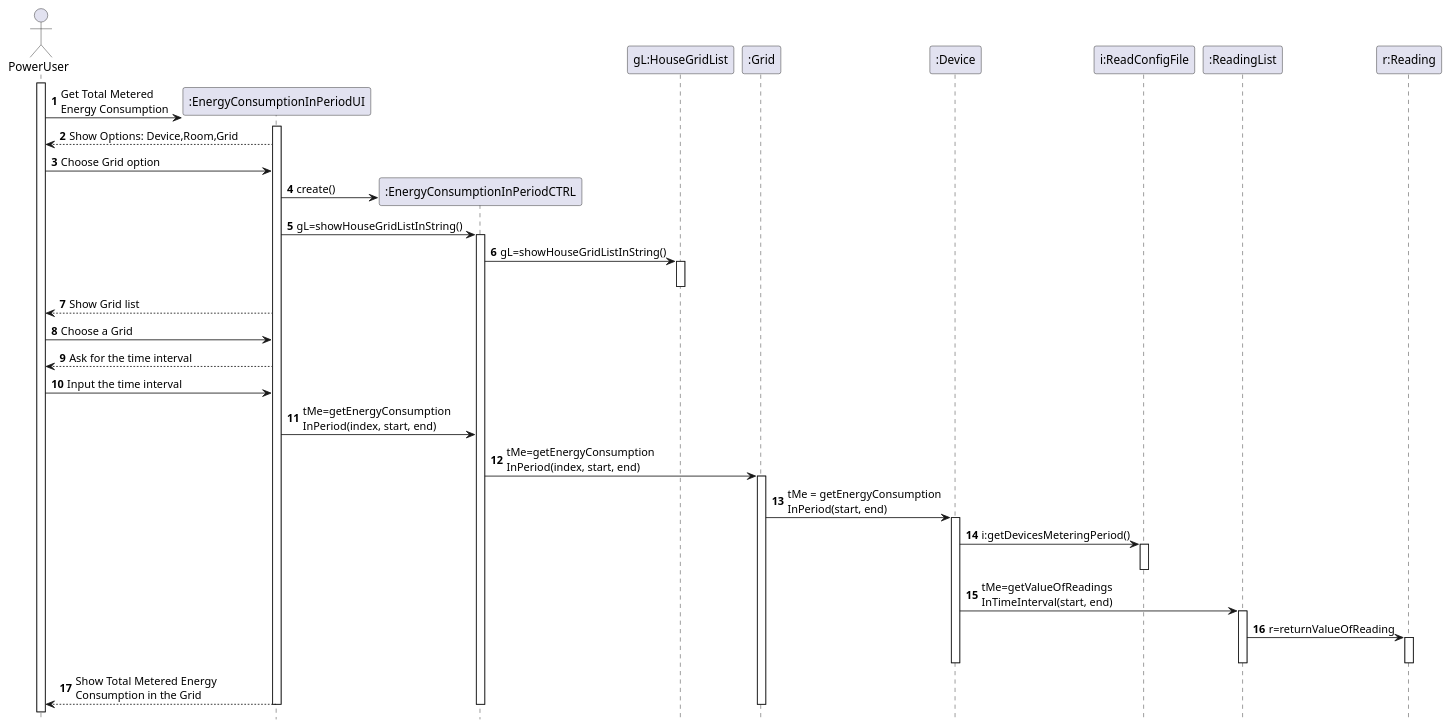
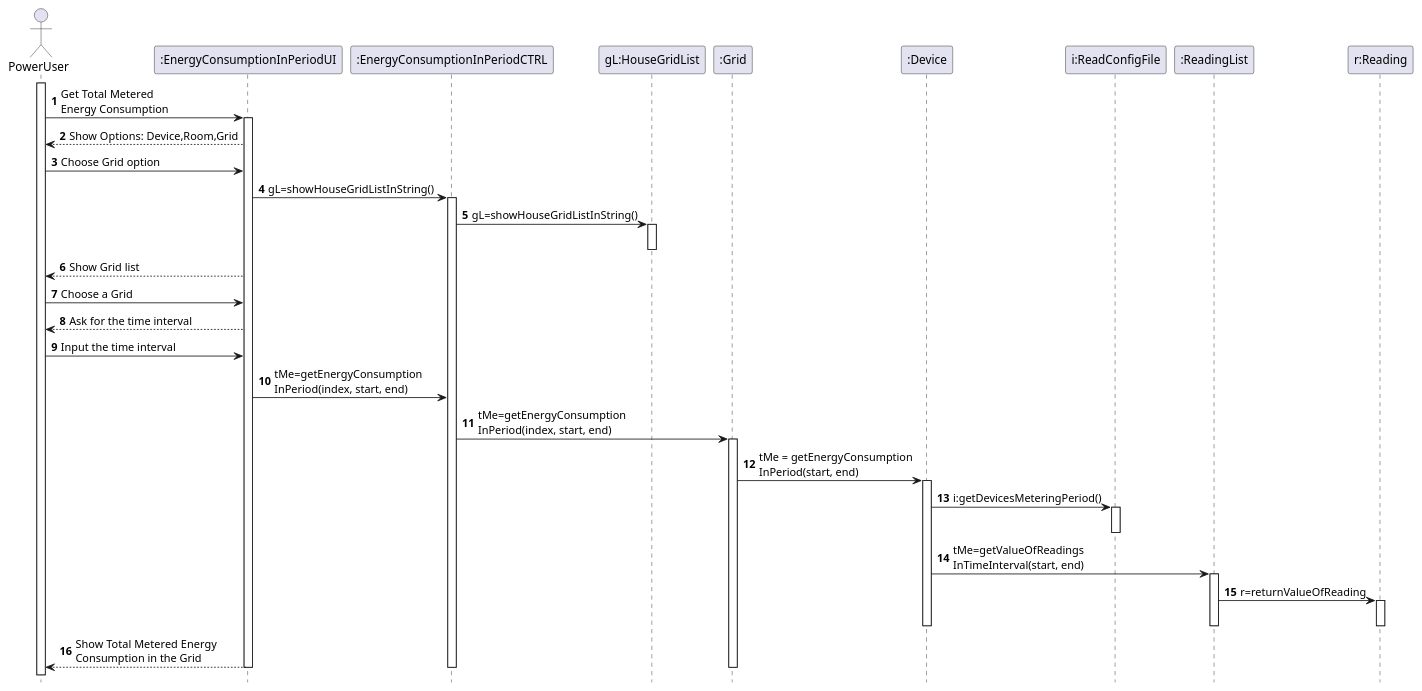
Before and after one commit to emanuel-pereira/hou: the diagram in src/main/java/smarthome/uml/sequencediagrams/GridEnergyConsumptionInPeriod.puml, drawn with PlantUML.

Commit message:
Update GridEnergyConsumptionInPeriod UML

```diff
--- a/src/main/java/smarthome/uml/sequencediagrams/GridEnergyConsumptionInPeriod.puml
+++ b/src/main/java/smarthome/uml/sequencediagrams/GridEnergyConsumptionInPeriod.puml
@@ -1,44 +1,41 @@
 @startuml
 autonumber
 hidefootbox
 actor PowerUser
 
 activate PowerUser
-create ":EnergyConsumptionInPeriodUI"
 PowerUser -> ":EnergyConsumptionInPeriodUI": Get Total Metered\nEnergy Consumption
 activate  ":EnergyConsumptionInPeriodUI"
 PowerUser <-- ":EnergyConsumptionInPeriodUI": Show Options: Device,Room,Grid
 PowerUser -> ":EnergyConsumptionInPeriodUI": Choose Grid option
-create ":EnergyConsumptionInPeriodCTRL"
-":EnergyConsumptionInPeriodUI" -> ":EnergyConsumptionInPeriodCTRL": create()
 ":EnergyConsumptionInPeriodUI" -> ":EnergyConsumptionInPeriodCTRL": gL=showHouseGridListInString()
 activate ":EnergyConsumptionInPeriodCTRL"
 ":EnergyConsumptionInPeriodCTRL" -> "gL:HouseGridList": gL=showHouseGridListInString()
 activate "gL:HouseGridList"
 deactivate "gL:HouseGridList"
 PowerUser <-- ":EnergyConsumptionInPeriodUI": Show Grid list
 PowerUser -> ":EnergyConsumptionInPeriodUI": Choose a Grid
 PowerUser <-- ":EnergyConsumptionInPeriodUI": Ask for the time interval
 PowerUser -> ":EnergyConsumptionInPeriodUI": Input the time interval
 ":EnergyConsumptionInPeriodUI" -> ":EnergyConsumptionInPeriodCTRL": tMe=getEnergyConsumption\nInPeriod(index, start, end)
 ":EnergyConsumptionInPeriodCTRL" -> ":Grid": tMe=getEnergyConsumption\nInPeriod(index, start, end)
 activate ":Grid"
 ":Grid" -> ":Device": tMe = getEnergyConsumption\nInPeriod(start, end)
 activate ":Device"
 ":Device" -> "i:ReadConfigFile": i:getDevicesMeteringPeriod()
 activate "i:ReadConfigFile"
 deactivate "i:ReadConfigFile"
 ":Device" -> ":ReadingList": tMe=getValueOfReadings\nInTimeInterval(start, end)
 activate ":ReadingList"
 ":ReadingList" -> "r:Reading": r=returnValueOfReading
 activate "r:Reading"
 deactivate "r:Reading"
 deactivate ":ReadingList"
 deactivate ":Device"
 PowerUser <-- ":EnergyConsumptionInPeriodUI": Show Total Metered Energy\nConsumption in the Grid
 deactivate ":Grid"
 deactivate ":EnergyConsumptionInPeriodCTRL"
 deactivate ":EnergyConsumptionInPeriodUI"
 
 
 @enduml
```
